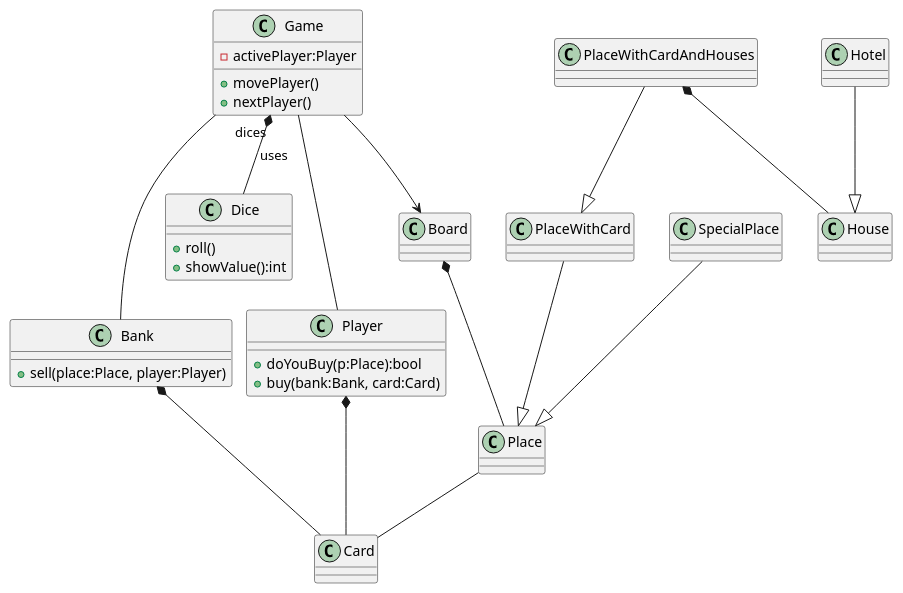
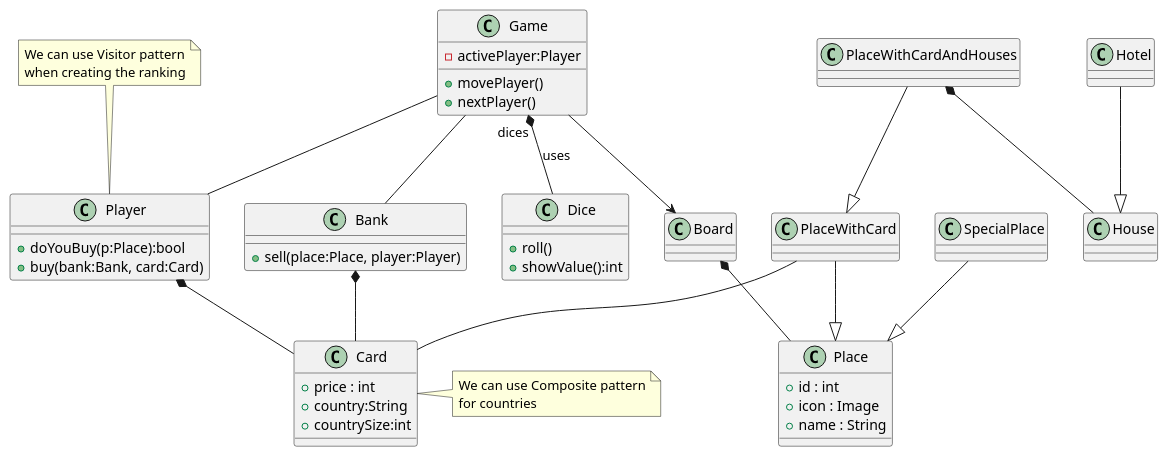
Before and after one commit to kpodlaski/ProjObj2019: the diagram in dzienne/gr1/monopoly/basic_objects.plantuml, drawn with PlantUML. The commit also changed 1 other file, not shown here.

```diff
--- a/dzienne/gr1/monopoly/basic_objects.plantuml
+++ b/dzienne/gr1/monopoly/basic_objects.plantuml
@@ -1,50 +1,67 @@
 @startuml  Monopoly_Game_class_diagram
 
 Game "dices" *--  Dice : uses
 
 Game --> Board
 Board *-- Place
-Place -- Card
+
 Player *-- Card
 Bank *-- Card
 Hotel --|> House
 SpecialPlace --|> Place
 PlaceWithCard --|>Place
 PlaceWithCardAndHouses --|>PlaceWithCard
 PlaceWithCardAndHouses *-- House
-
+PlaceWithCard -- Card
 Game -- Bank
 Game -- Player
 
 
 class Dice{
     +roll()
     +showValue():int
 }
 'Controller for the game app
 class Game{
     -activePlayer:Player
     +movePlayer()
     +nextPlayer()
 }
 class Board
 class Bank
 {
     +sell(place:Place, player:Player)
 }
-class Place
+class Place{
+    +id : int
+    +icon : Image
+    +name : String
+
+}
 
 class SpecialPlace{}
 class PlaceWithCard{}
 class PlaceWithCardAndHouses{}
 
 class Player{
     +doYouBuy(p:Place):bool
     +buy(bank:Bank, card:Card)
 }
-class Card
+note top
+    We can use Visitor pattern
+    when creating the ranking
+end note
+class Card{
+    +price : int
+    +country:String
+    +countrySize:int
+}
+note right
+    We can use Composite pattern
+    for countries 
+end note
 class House
 class Hotel
 
 
 @enduml
```
